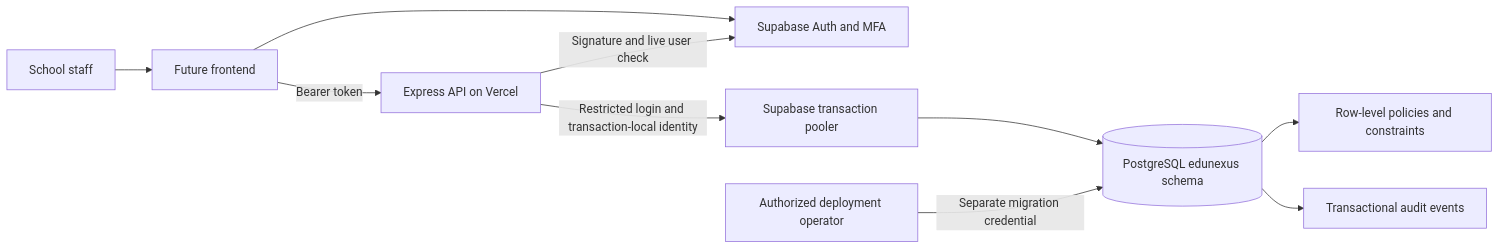
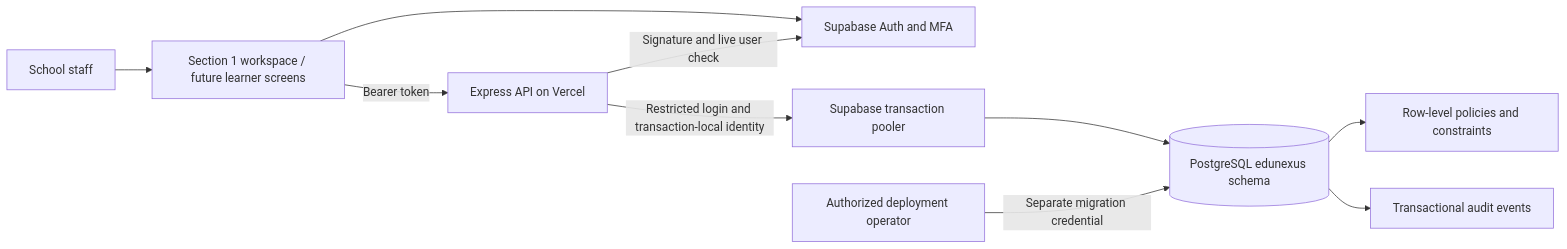
One commit to dayannnnn015/demo changed the first of 2 diagrams in docs/architecture.md. Above: the diagram before and after it, drawn with Mermaid. The commit also changed other lines of this file and 20 other files, not shown here.

````diff
--- a/docs/architecture.md
+++ b/docs/architecture.md
@@ -5,12 +5,12 @@
 ```mermaid
 flowchart LR
-  Staff[School staff] --> UI[Future frontend]
+  Staff[School staff] --> UI[Section 1 workspace / future learner screens]
   UI --> Auth[Supabase Auth and MFA]
   UI -->|Bearer token| API[Express API on Vercel]
   API -->|Signature and live user check| Auth
   API -->|Restricted login and transaction-local identity| Pool[Supabase transaction pooler]
   Pool --> DB[(PostgreSQL edunexus schema)]
   DB --> RLS[Row-level policies and constraints]
   DB --> Audit[Transactional audit events]
   Operator[Authorized deployment operator] -->|Separate migration credential| DB
 ```
````
